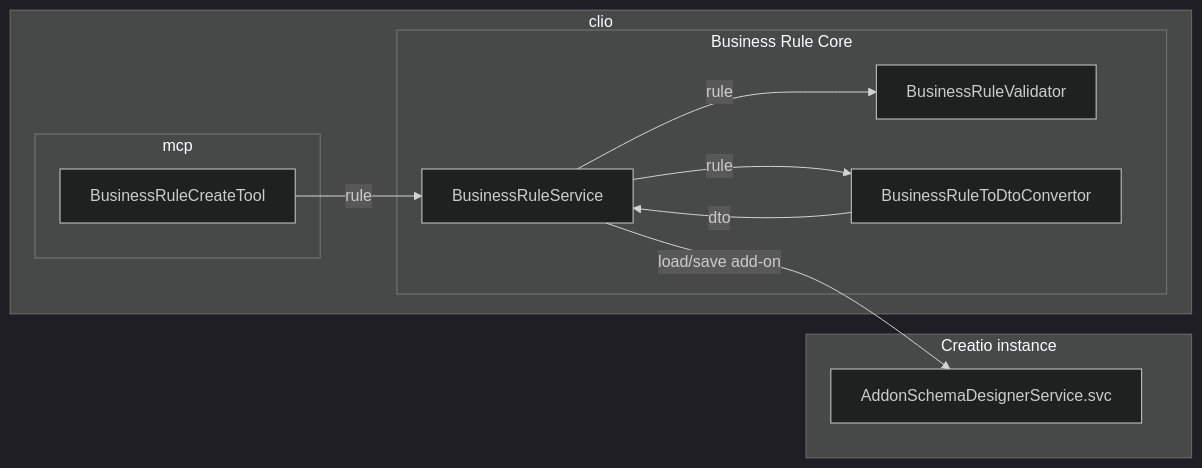
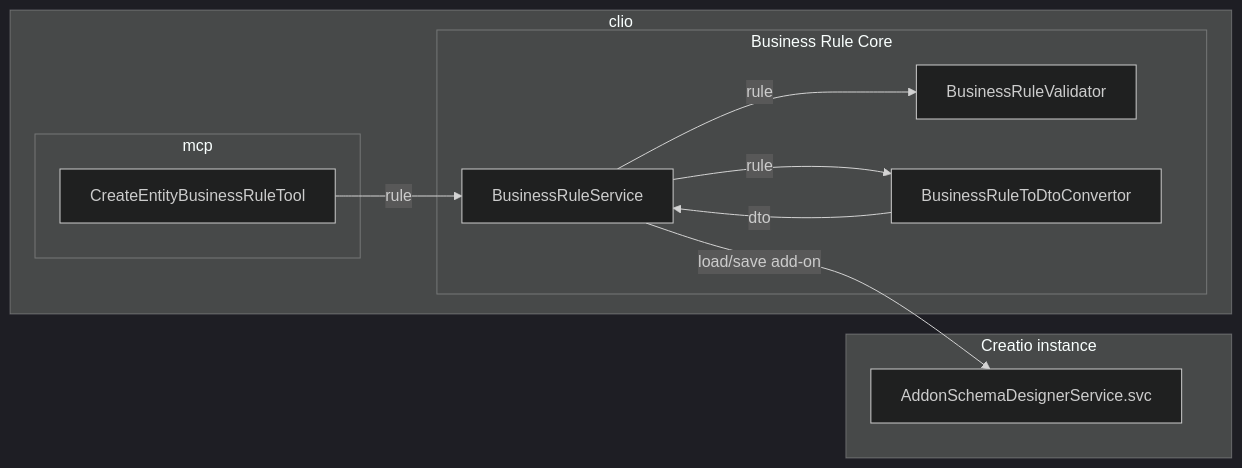
The diagram in spec/business-rules/business-rules-architecture.md (Advance-Technologies-Foundation/clio), drawn with Mermaid (dark theme) before and after one commit. The commit also changed other lines of this file and 12 other files, not shown here.

Commit message:
feat(mcp): business rules: rename tool to create-entity-business-rule

````diff
--- a/spec/business-rules/business-rules-architecture.md
+++ b/spec/business-rules/business-rules-architecture.md
@@ -11,24 +9,24 @@
 ```mermaid
 flowchart LR
     subgraph Clio["clio"]
         subgraph MCP["mcp"]
-            Tool["BusinessRuleCreateTool"]
+            Tool["CreateEntityBusinessRuleTool"]
         end
 
         subgraph Core["Business Rule Core"]
             Service["BusinessRuleService"]
             Validator["BusinessRuleValidator"]
             Convertor["BusinessRuleToDtoConvertor"]
         end
     end
 
     subgraph Creatio["Creatio instance"]
         Addon["AddonSchemaDesignerService.svc"]
     end
 
     Tool -->|"rule"| Service
     Service -->|"rule"| Validator
     Service -->|"rule"| Convertor
     Convertor -->|"dto"| Service
     Service -->|"load/save add-on"| Addon
 ```
````
